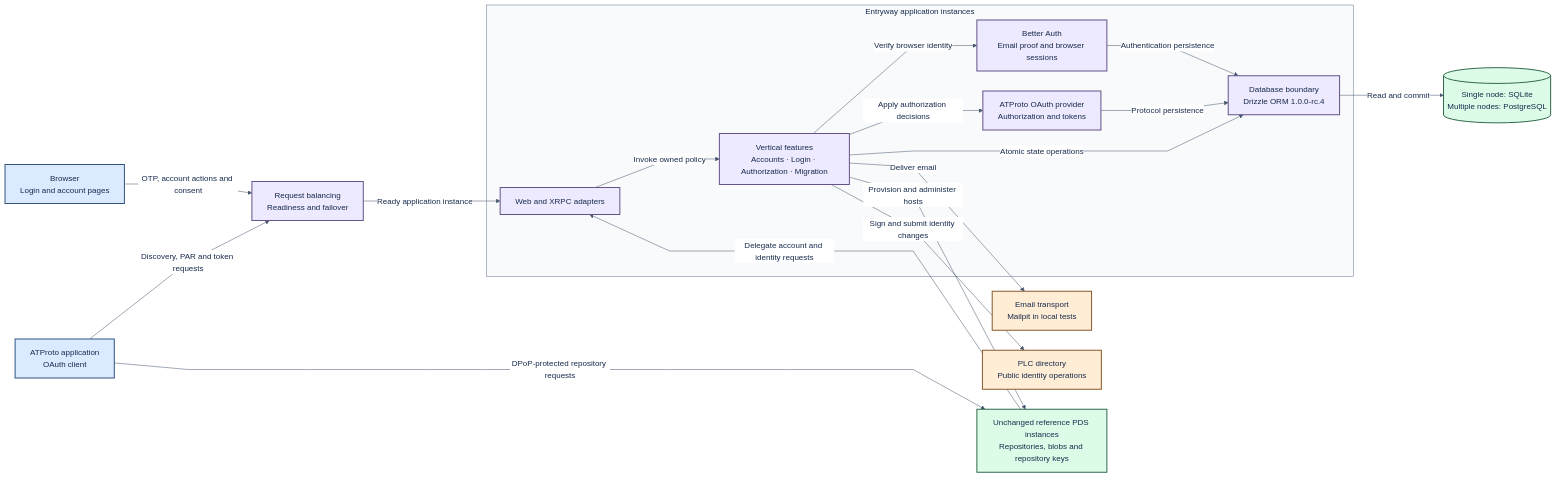
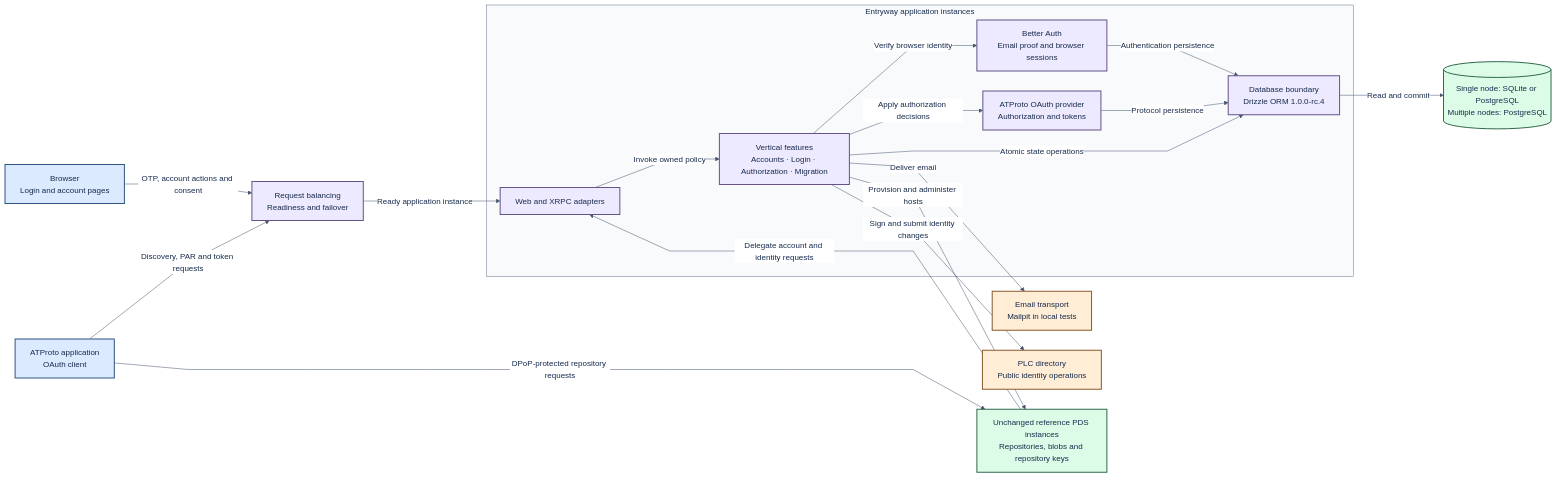
The first of 3 diagrams in docs/architecture.md (hypercerts-org/hypercerts-entryway), drawn with Mermaid before and after one commit. The commit also changed other lines of this file and 5 other files, not shown here.

Commit message:
docs: support either database for single-node operation

````diff
--- a/docs/architecture.md
+++ b/docs/architecture.md
@@ -42,42 +42,42 @@
 ```mermaid
 %%{init: {"theme":"base","themeVariables":{"background":"#FFFFFF","primaryTextColor":"#172B4D","lineColor":"#45556C","edgeLabelBackground":"#FFFFFF","fontFamily":"Arial"},"flowchart":{"nodeSpacing":40,"rankSpacing":55,"curve":"linear"}}}%%
 flowchart LR
   browser["Browser<br/>Login and account pages"]
   client["ATProto application<br/>OAuth client"]
   ingress["Request balancing<br/>Readiness and failover"]
   subgraph entryway["Entryway application instances"]
     api["Web and XRPC adapters"]
     domains["Vertical features<br/>Accounts · Login · Authorization · Migration"]
     ba["Better Auth<br/>Email proof and browser sessions"]
     oauth["ATProto OAuth provider<br/>Authorization and tokens"]
     storage["Database boundary<br/>Drizzle ORM 1.0.0-rc.4"]
   end
-  store[("Single node: SQLite<br/>Multiple nodes: PostgreSQL")]
+  store[("Single node: SQLite or PostgreSQL<br/>Multiple nodes: PostgreSQL")]
   pds["Unchanged reference PDS instances<br/>Repositories, blobs and repository keys"]
   plc["PLC directory<br/>Public identity operations"]
   mail["Email transport<br/>Mailpit in local tests"]
   browser -->|"OTP, account actions and consent"| ingress
   client -->|"Discovery, PAR and token requests"| ingress
   ingress -->|"Ready application instance"| api
   api -->|"Invoke owned policy"| domains
   domains -->|"Verify browser identity"| ba
   domains -->|"Apply authorization decisions"| oauth
   domains -->|"Atomic state operations"| storage
   ba -->|"Authentication persistence"| storage
   oauth -->|"Protocol persistence"| storage
   storage -->|"Read and commit"| store
   domains -->|"Deliver email"| mail
   domains -->|"Provision and administer hosts"| pds
   pds -->|"Delegate account and identity requests"| api
   domains -->|"Sign and submit identity changes"| plc
   client -->|"DPoP-protected repository requests"| pds
   classDef blue fill:#DBEAFE,stroke:#315582,color:#172B4D,stroke-width:2px;
   classDef violet fill:#EDE9FE,stroke:#65538A,color:#172B4D,stroke-width:2px;
   classDef mint fill:#DCFCE7,stroke:#32694D,color:#172B4D,stroke-width:2px;
   classDef peach fill:#FFEDD5,stroke:#8A5A2B,color:#172B4D,stroke-width:2px;
   class browser,client blue;
   class ingress,api,domains,ba,oauth,storage violet;
   class pds,store mint;
   class plc,mail peach;
   style entryway fill:#F8FAFC,stroke:#64748B,color:#172B4D
 ```
````
